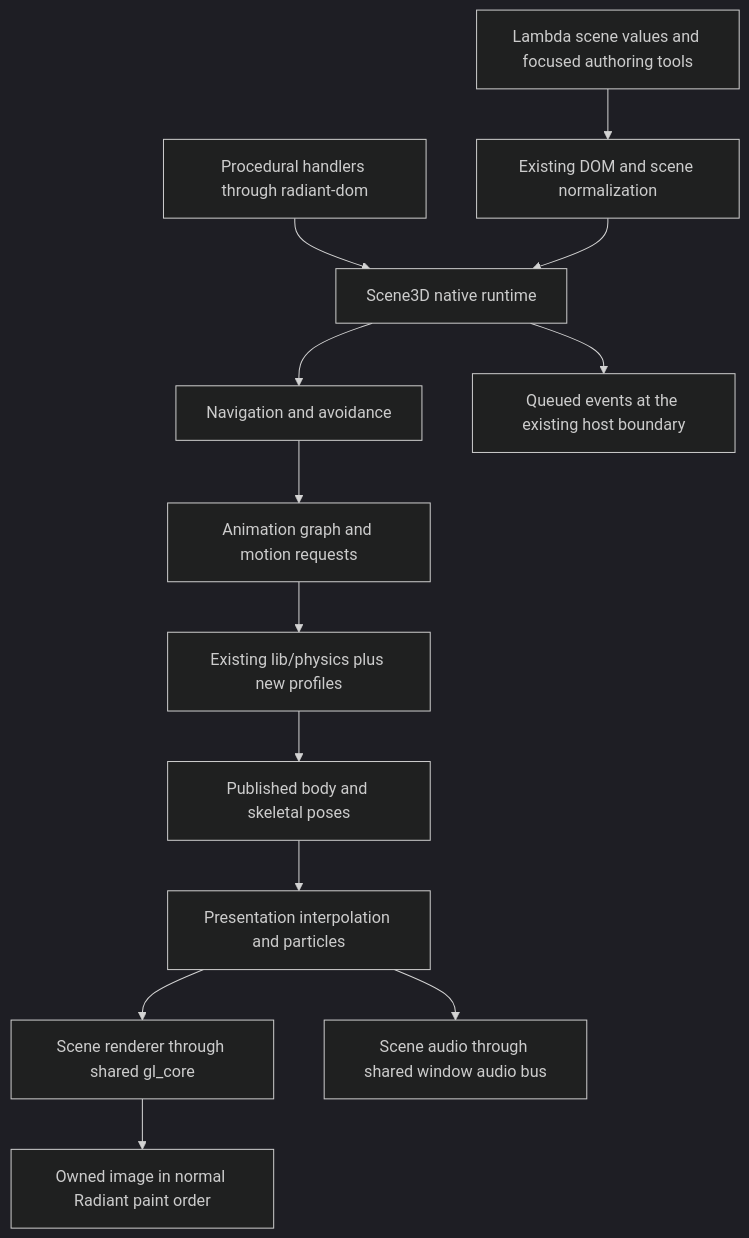
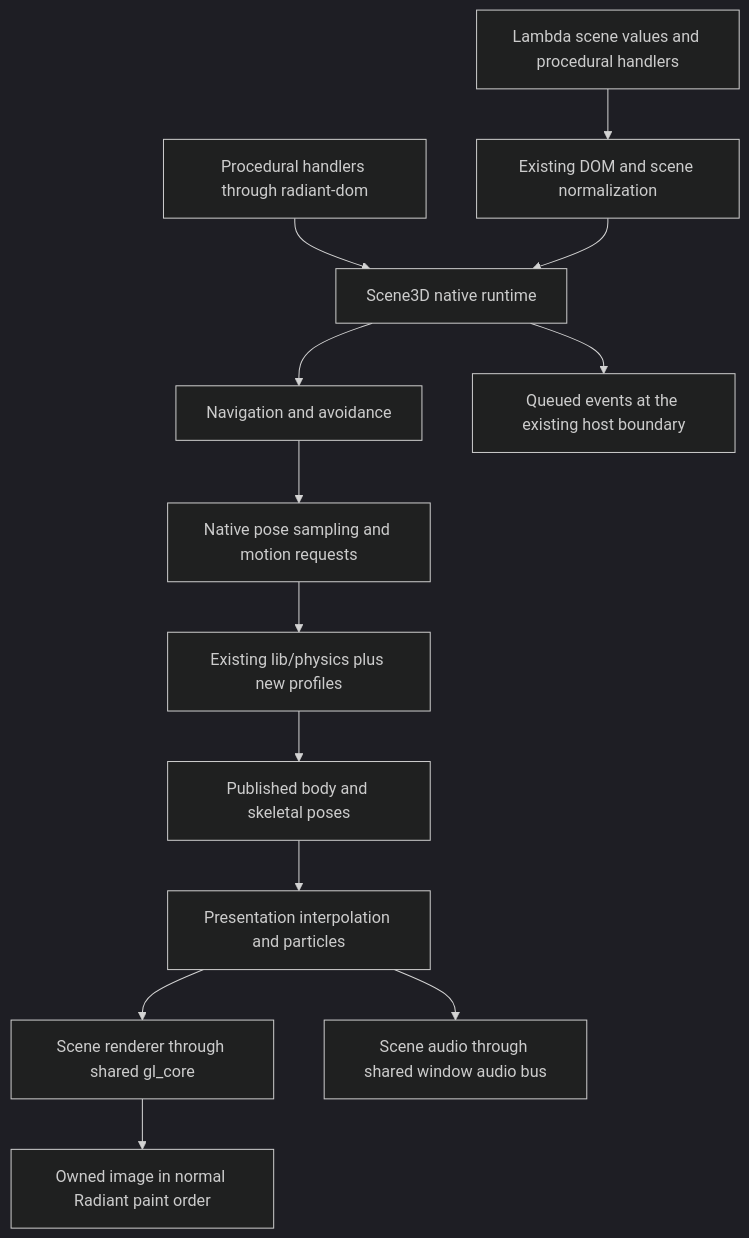
The diagram in vibe/radiant/Radiant_Design_Scene3D.md (henry-luo/lambda), drawn with Mermaid (dark theme) before and after one commit. The commit also changed other lines of this file and 11 other files, not shown here.

````diff
--- a/vibe/radiant/Radiant_Design_Scene3D.md
+++ b/vibe/radiant/Radiant_Design_Scene3D.md
@@ -111,15 +123,15 @@
 ```mermaid
 flowchart TD
-    Author[Lambda scene values and focused authoring tools] --> DOM[Existing DOM and scene normalization]
+    Script[Lambda scene values and procedural handlers] --> DOM[Existing DOM and scene normalization]
     Commands[Procedural handlers through radiant-dom] --> Runtime[Scene3D native runtime]
     DOM --> Runtime
     Runtime --> Nav[Navigation and avoidance]
-    Nav --> Motion[Animation graph and motion requests]
+    Nav --> Motion[Native pose sampling and motion requests]
     Motion --> Physics[Existing lib/physics plus new profiles]
     Physics --> Pose[Published body and skeletal poses]
     Pose --> Present[Presentation interpolation and particles]
     Present --> Render[Scene renderer through shared gl_core]
     Present --> Audio[Scene audio through shared window audio bus]
     Render --> Image[Owned image in normal Radiant paint order]
     Runtime --> Events[Queued events at the existing host boundary]
 ```
````
